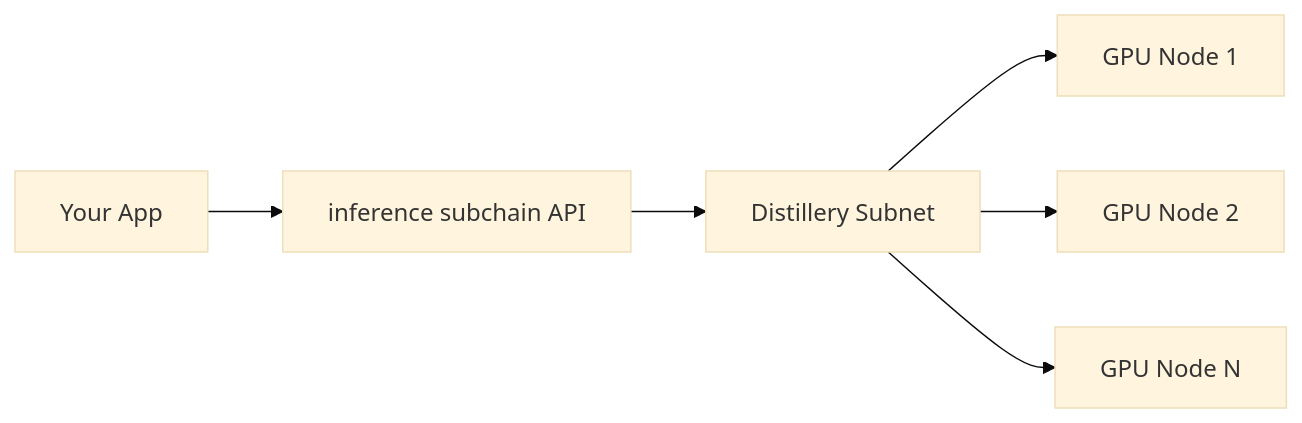
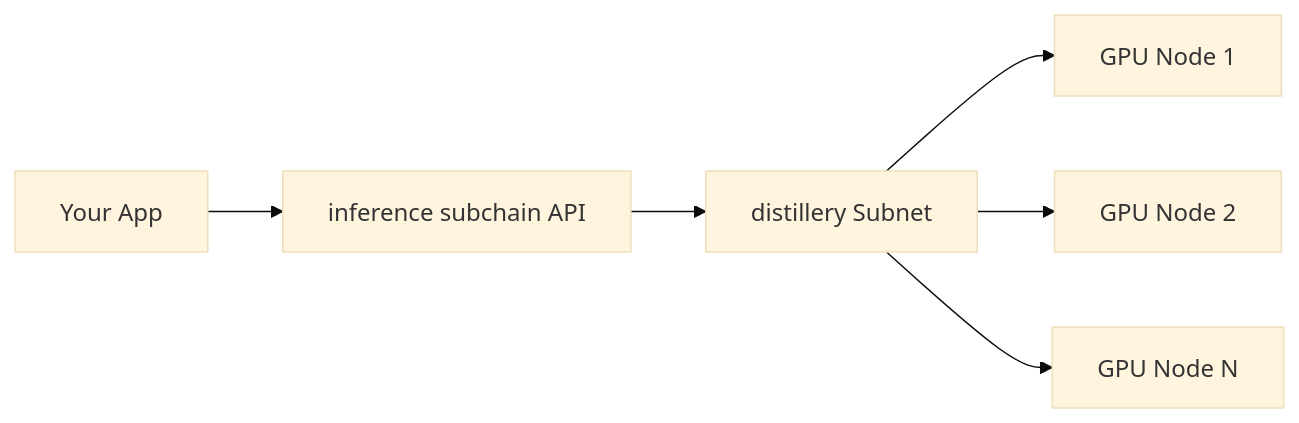
One commit to gintonicai/documentation changed the diagram in mvp/inference-subchain-guide/core-concepts.md. Above: the diagram before and after it, drawn with Mermaid (base theme). The commit also changed other lines of this file and 8 other files, not shown here.

````diff
--- a/mvp/inference-subchain-guide/core-concepts.md
+++ b/mvp/inference-subchain-guide/core-concepts.md
@@ -18,8 +18,8 @@
 ```mermaid
 graph LR
     A[Your App] --> B[inference subchain API]
-    B --> C[Distillery Subnet]
+    B --> C[distillery Subnet]
     C --> D[GPU Node 1]
     C --> E[GPU Node 2]
     C --> F[GPU Node N]
 ```
````
